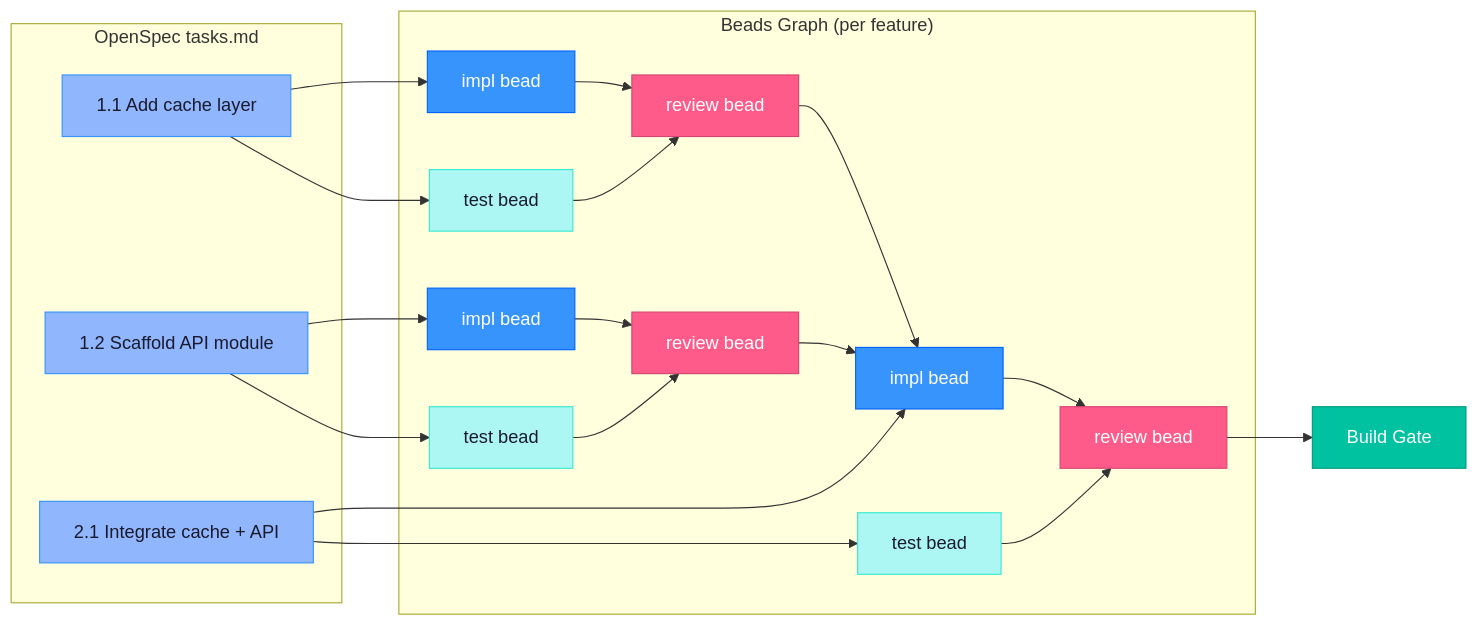
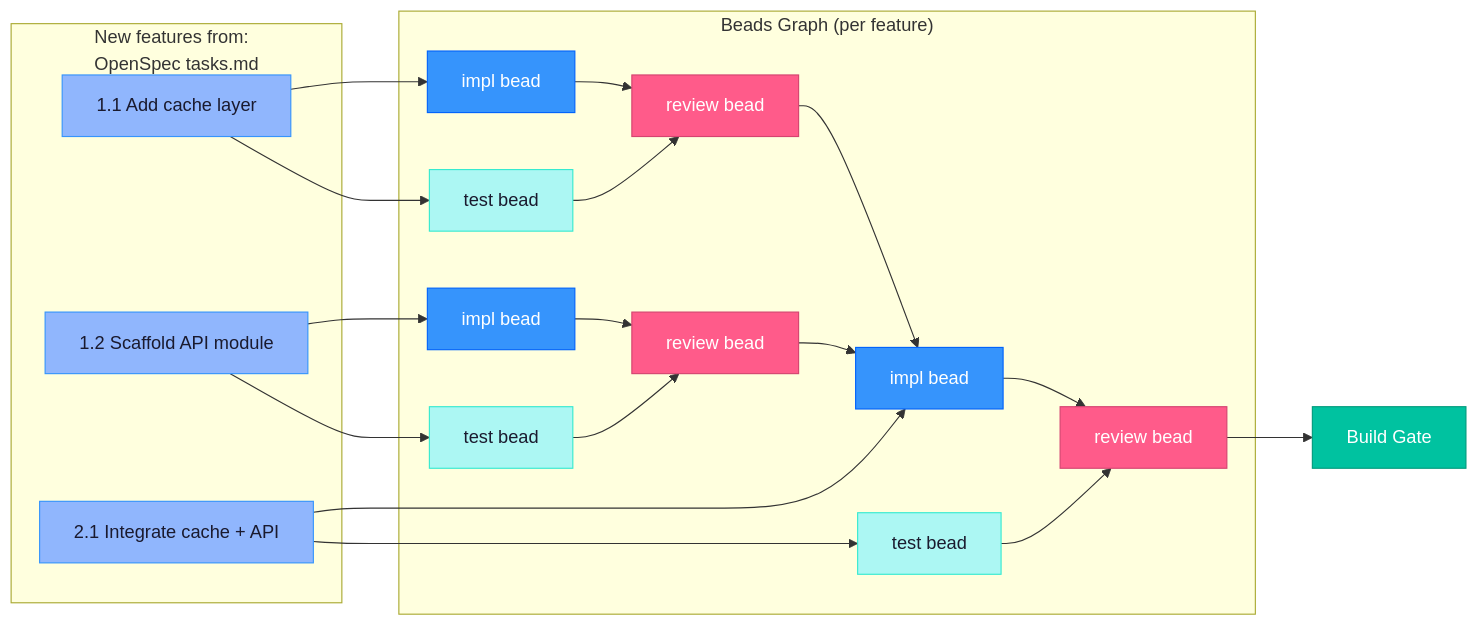
Before and after one commit to Sand2Silicon/sand2silicon-agentic-skills: the third of 5 diagrams in plugins/sdd-workflow/README.md, drawn with Mermaid. The commit also changed other lines of this file and 2 other files, not shown here.

Commit message:
remove 'sand2silicon' references, add graph captions, adjust permissions.

````diff
--- a/plugins/sdd-workflow/README.md
+++ b/plugins/sdd-workflow/README.md
@@ -119,35 +135,36 @@
 ```mermaid
 flowchart LR
     classDef source fill:#90b6fd,stroke:#3694fc,color:#1a1a2e
     classDef impl fill:#3694fc,stroke:#0263fb,color:#fff
     classDef test fill:#acf7f3,stroke:#36ead0,color:#1a1a2e
     classDef review fill:#ff5b8a,stroke:#d44470,color:#fff
     classDef gate fill:#00c2a0,stroke:#009a7c,color:#fff
 
-    subgraph "OpenSpec tasks.md"
+    subgraph "New features from:
+     OpenSpec tasks.md"
         T1["1.1 Add cache layer"]:::source
         T2["1.2 Scaffold API module"]:::source
         T3["2.1 Integrate cache + API"]:::source
     end
 
     subgraph "Beads Graph (per feature)"
         T1 --> I1["impl bead"]:::impl
         T1 --> TS1["test bead"]:::test
         I1 --> R1["review bead"]:::review
         TS1 --> R1
 
         T2 --> I2["impl bead"]:::impl
         T2 --> TS2["test bead"]:::test
         I2 --> R2["review bead"]:::review
         TS2 --> R2
 
         R1 --> I3["impl bead"]:::impl
         R2 --> I3
         T3 --> I3
         T3 --> TS3["test bead"]:::test
         I3 --> R3["review bead"]:::review
         TS3 --> R3
     end
 
     R3 --> GATE["Build Gate"]:::gate
 ```
````
